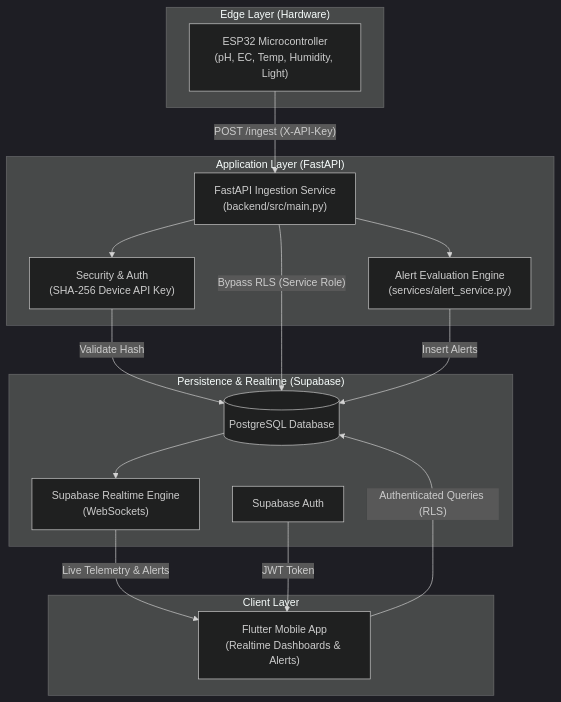
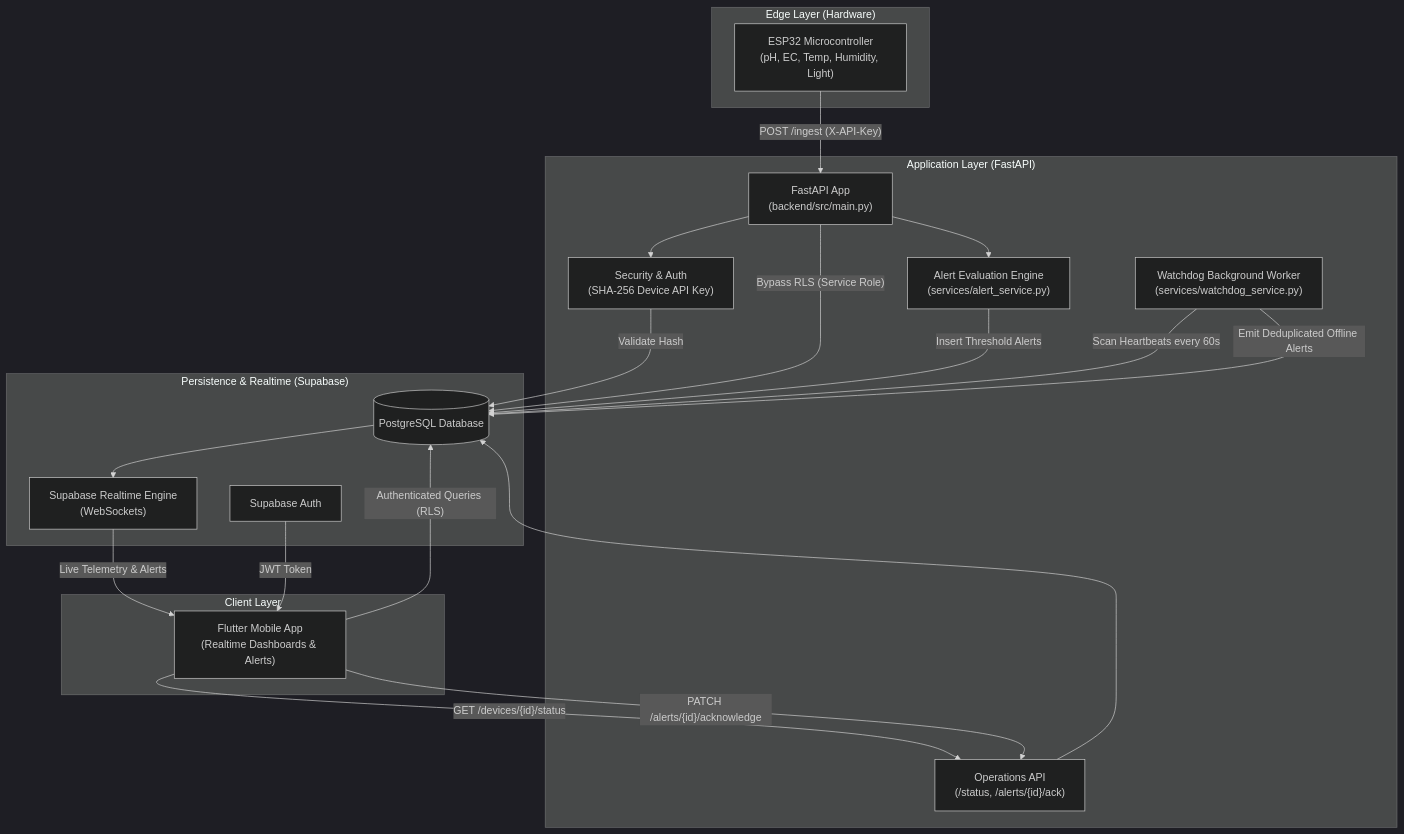
The first of 4 diagrams in Progress/architecture.md (Afaq-Ejaz/Hydroponics_V2), drawn with Mermaid (dark theme) before and after one commit. The commit also changed other lines of this file and 14 other files, not shown here.

````diff
--- a/Progress/architecture.md
+++ b/Progress/architecture.md
@@ -7,33 +7,40 @@
 ```mermaid
 graph TD
     subgraph Edge ["Edge Layer (Hardware)"]
         ESP32["ESP32 Microcontroller<br/>(pH, EC, Temp, Humidity, Light)"]
     end
 
     subgraph Backend ["Application Layer (FastAPI)"]
-        API["FastAPI Ingestion Service<br/>(backend/src/main.py)"]
+        API["FastAPI App<br/>(backend/src/main.py)"]
         Sec["Security & Auth<br/>(SHA-256 Device API Key)"]
         AlertEng["Alert Evaluation Engine<br/>(services/alert_service.py)"]
+        Watchdog["Watchdog Background Worker<br/>(services/watchdog_service.py)"]
+        Ops["Operations API<br/>(/status, /alerts/{id}/ack)"]
     end
 
     subgraph Data ["Persistence & Realtime (Supabase)"]
         DB[(PostgreSQL Database)]
         RT["Supabase Realtime Engine<br/>(WebSockets)"]
         Auth["Supabase Auth"]
     end
 
     subgraph Client ["Client Layer"]
         Flutter["Flutter Mobile App<br/>(Realtime Dashboards & Alerts)"]
     end
 
     ESP32 -- "POST /ingest (X-API-Key)" --> API
     API --> Sec
     Sec -- "Validate Hash" --> DB
     API -- "Bypass RLS (Service Role)" --> DB
     API --> AlertEng
-    AlertEng -- "Insert Alerts" --> DB
+    AlertEng -- "Insert Threshold Alerts" --> DB
+    Watchdog -- "Scan Heartbeats every 60s" --> DB
+    Watchdog -- "Emit Deduplicated Offline Alerts" --> DB
+    Flutter -- "GET /devices/{id}/status" --> Ops
+    Flutter -- "PATCH /alerts/{id}/acknowledge" --> Ops
+    Ops --> DB
     DB --> RT
     RT -- "Live Telemetry & Alerts" --> Flutter
     Auth -- "JWT Token" --> Flutter
     Flutter -- "Authenticated Queries (RLS)" --> DB
 ```
````
